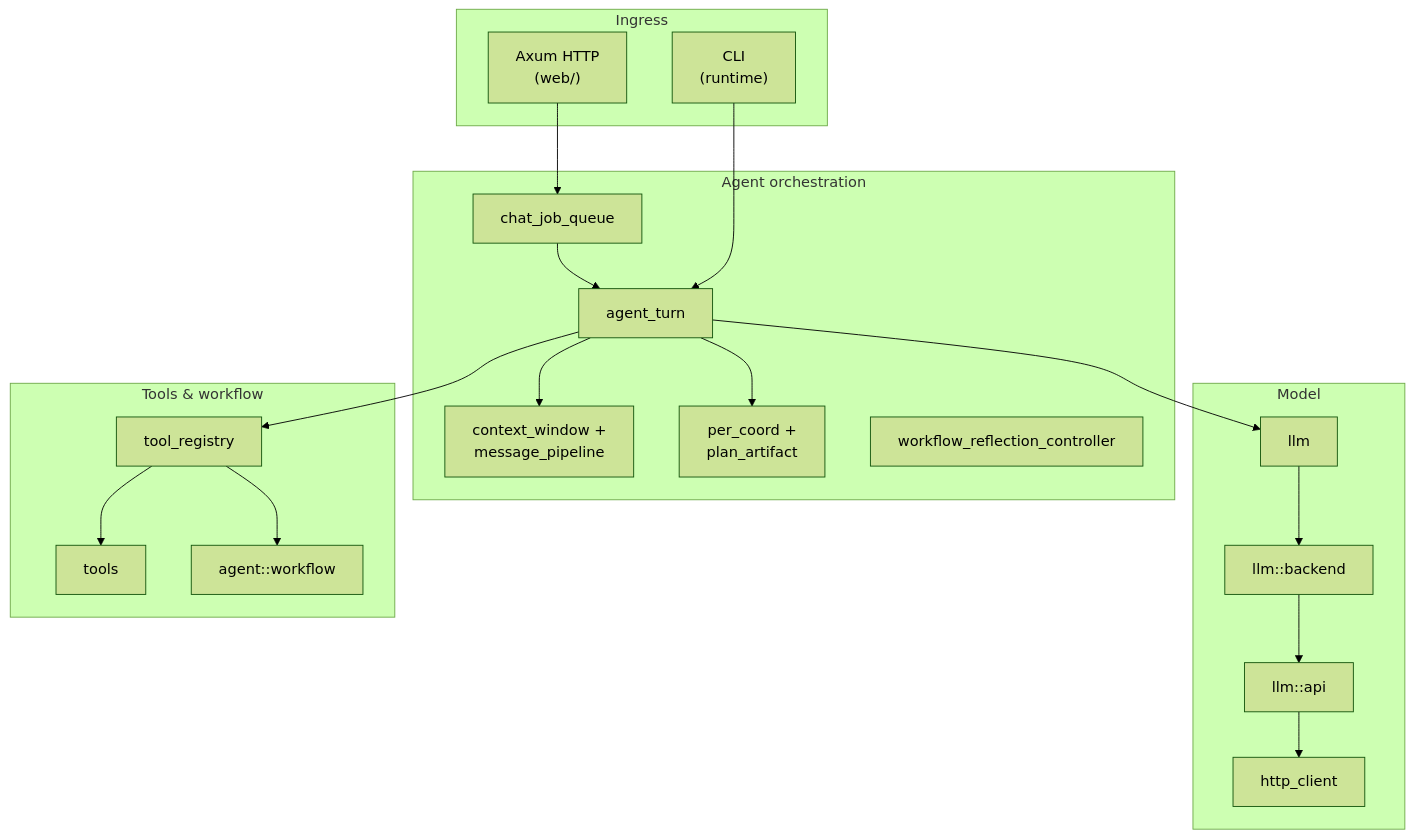
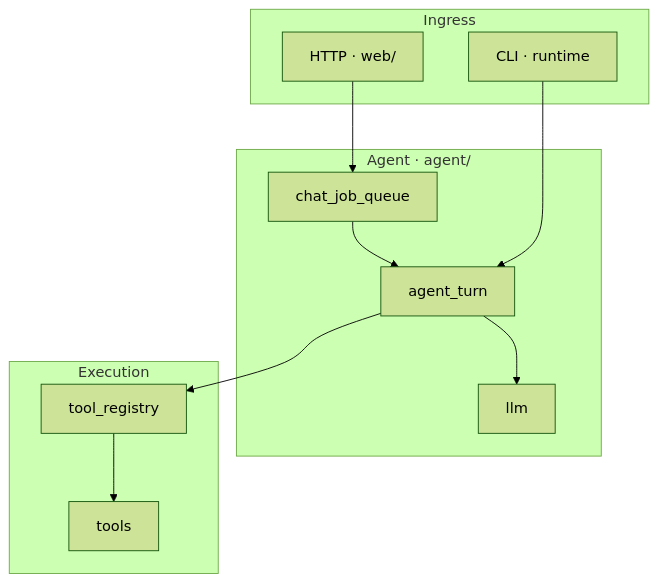
The diagram in docs/en/DEVELOPMENT.md (noisystreet/CrabMate), drawn with Mermaid (forest theme) before and after one commit. The commit also changed other lines of this file and 10 other files, not shown here.

First line of the commit message:
docs(dev-guide): 精简架构文档并与英文版同步 / slim architecture docs and sync English DEVELOPMENT

````diff
--- a/docs/en/DEVELOPMENT.md
+++ b/docs/en/DEVELOPMENT.md
@@ -38,37 +35,20 @@
 ```mermaid
 flowchart TB
   subgraph entry [Ingress]
-    WEB["Axum HTTP\n(web/)"]
-    CLI["CLI\n(runtime)"]
+    WEB["HTTP · web/"]
+    CLI["CLI · runtime"]
   end
-  subgraph agent [Agent orchestration]
+  subgraph agent [Agent · agent/]
     Q[chat_job_queue]
     AT[agent_turn]
-    CW["context_window +\nmessage_pipeline"]
-    PC["per_coord +\nplan_artifact"]
-    WRC[workflow_reflection_controller]
+    LL[llm]
   end
-  subgraph model [Model]
-    HC[http_client]
-    LLM[llm]
-    BE[llm::backend]
-    API[llm::api]
-  end
-  subgraph exec [Tools & workflow]
+  subgraph exec [Execution]
     TR[tool_registry]
     TS[tools]
-    WF[agent::workflow]
   end
-  WEB --> Q
-  Q --> AT
+  WEB --> Q --> AT
   CLI --> AT
-  AT --> CW
-  AT --> PC
-  AT --> LLM
-  LLM --> BE
-  BE --> API
-  API --> HC
-  AT --> TR
-  TR --> TS
-  TR --> WF
+  AT --> LL
+  AT --> TR --> TS
 ```
````
